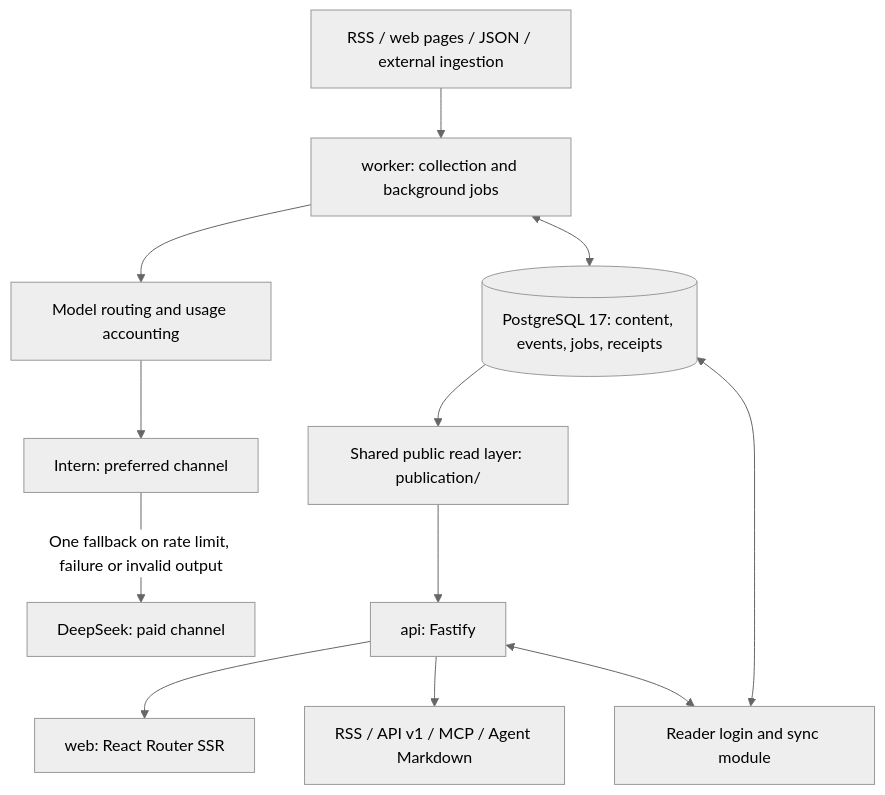
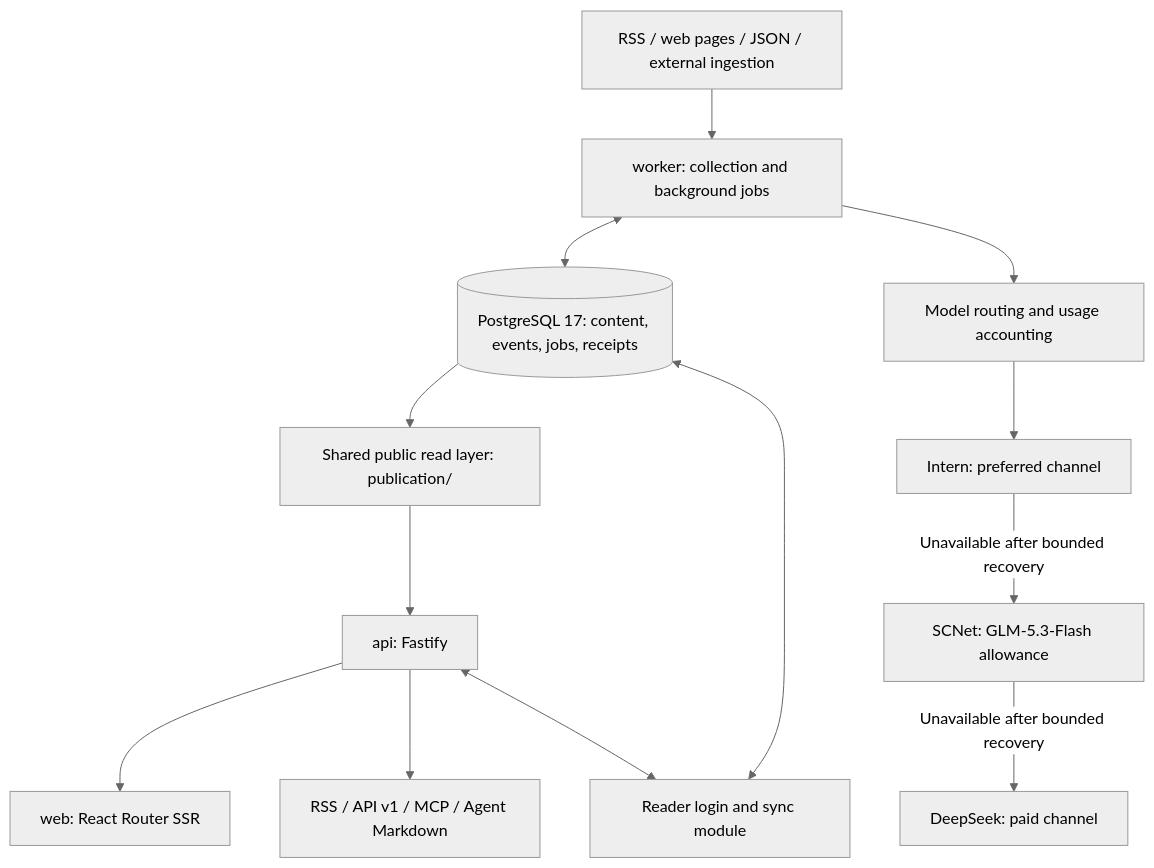
One commit to skynet2000/changji-observer changed the diagram in README.en.md. Above: the diagram before and after it, drawn with Mermaid (neutral theme). The commit also changed other lines of this file and 16 other files, not shown here.

Commit message:
Prioritize free model recovery with shared cooldown and concurrency guards

````diff
--- a/README.en.md
+++ b/README.en.md
@@ -54,14 +54,15 @@
 ```mermaid
 flowchart TB
   Sources["RSS / web pages / JSON / external ingestion"] --> Worker["worker: collection and background jobs"]
   Worker <--> DB[("PostgreSQL 17: content, events, jobs, receipts")]
   Worker --> Router["Model routing and usage accounting"]
   Router --> Free["Intern: preferred channel"]
-  Free -->|"One fallback on rate limit, failure or invalid output"| Paid["DeepSeek: paid channel"]
+  Free -->|"Unavailable after bounded recovery"| Quota["SCNet: GLM-5.3-Flash allowance"]
+  Quota -->|"Unavailable after bounded recovery"| Paid["DeepSeek: paid channel"]
   DB --> Publication["Shared public read layer: publication/"]
   Publication --> API["api: Fastify"]
   API --> Web["web: React Router SSR"]
   API --> Exits["RSS / API v1 / MCP / Agent Markdown"]
   Reader["Reader login and sync module"] <--> DB
   API <--> Reader
 ```
````
